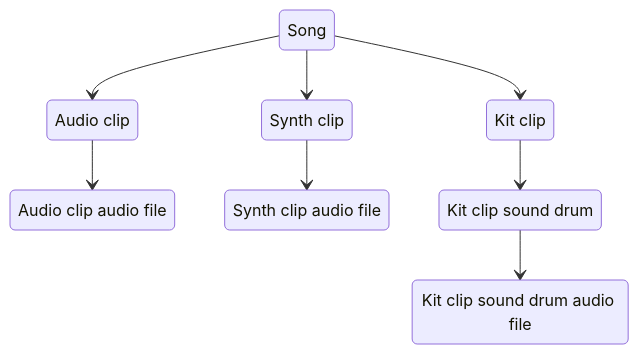
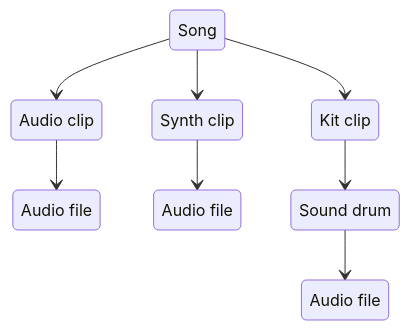
Before and after one commit to SynthstromAudible/DelugeFirmware: the eighth of 19 diagrams in website/src/content/docs/manual/introduction/concepts.mdx, drawn with Mermaid. The commit also changed other lines of this file and 2 other files, not shown here.

````diff
--- a/website/src/content/docs/manual/introduction/concepts.mdx
+++ b/website/src/content/docs/manual/introduction/concepts.mdx
@@ -285,18 +285,18 @@
 ```mermaid
 stateDiagram-v2
   Song --> AudioClip
   AudioClip --> AudioClipAudioFile
   Song --> SynthClip
   SynthClip --> SynthClipAudioFile
   Song --> KitClip
   KitClip --> KitClipSoundDrum
   KitClipSoundDrum --> KitClipSoundDrumAudioFile
 
   AudioClip: Audio clip
-  AudioClipAudioFile: Audio clip audio file
+  AudioClipAudioFile: Audio file
   SynthClip: Synth clip
-  SynthClipAudioFile: Synth clip audio file
+  SynthClipAudioFile: Audio file
   KitClip: Kit clip
-  KitClipSoundDrum: Kit clip sound drum
-  KitClipSoundDrumAudioFile: Kit clip sound drum audio file
+  KitClipSoundDrum: Sound drum
+  KitClipSoundDrumAudioFile: Audio file
 ```
````
